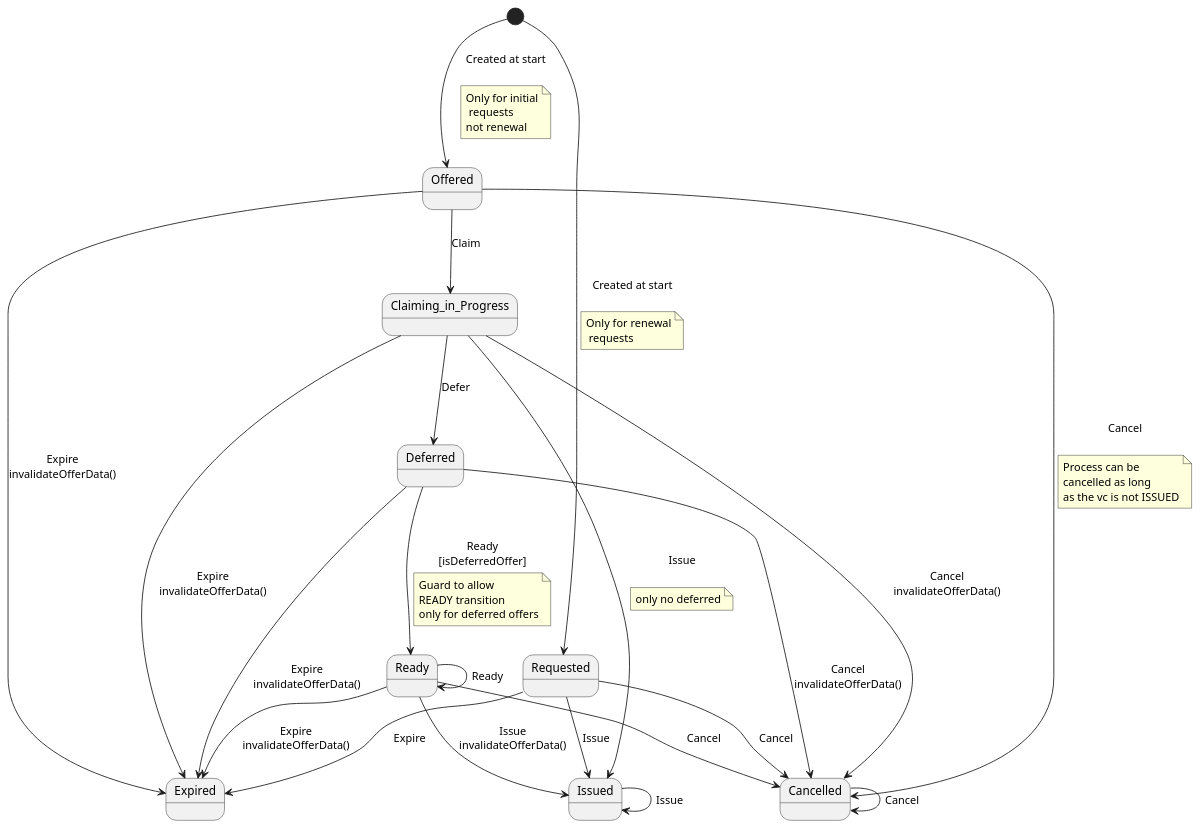
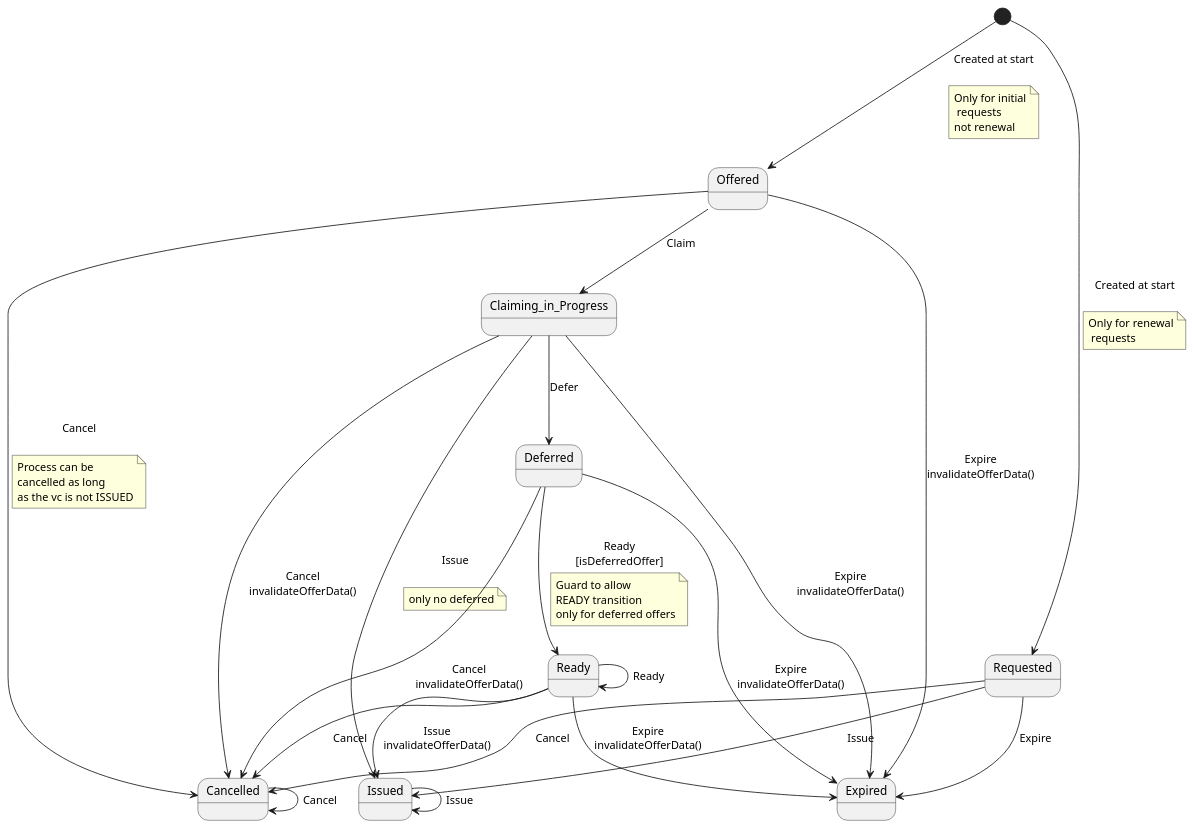
The diagram in issuer-service/src/main/resources/plantuml/credentialOfferStateMachine.puml (swiyu-admin-ch/swiyu-issuer), drawn with PlantUML before and after one commit. The commit also changed other lines of this file and 18 other files, not shown here.

```diff
--- a/issuer-service/src/main/resources/plantuml/credentialOfferStateMachine.puml
+++ b/issuer-service/src/main/resources/plantuml/credentialOfferStateMachine.puml
@@ -1,58 +1,58 @@
 @startuml
+state Offered
+state Expired
+state Claiming_in_Progress
+state Cancelled
 state Issued
 state Ready
-state Cancelled
 state Deferred
-state Offered
 state Requested
-state Claiming_in_Progress
-state Expired
 [*] --> Offered : Created at start\n
 note on link
 Only for initial
  requests
 not renewal
 end note
 
 [*] --> Requested : Created at start\n
 note on link
 Only for renewal
  requests
 end note
 
 Requested --> Issued : Issue
 Requested --> Cancelled : Cancel
 Requested --> Expired : Expire
 Offered --> Cancelled : Cancel\n
 note on link
 Process can be
 cancelled as long
 as the vc is not ISSUED
 end note
 
 Offered --> Expired : Expire\ninvalidateOfferData()
 Offered --> Claiming_in_Progress : Claim
 Claiming_in_Progress --> Expired : Expire\ninvalidateOfferData()
 Claiming_in_Progress --> Deferred : Defer
 Claiming_in_Progress --> Issued : Issue\n
 note on link
 only no deferred
 end note
 
 Claiming_in_Progress --> Cancelled : Cancel\ninvalidateOfferData()
 Deferred --> Ready : Ready\n[isDeferredOffer]
 note on link
 Guard to allow
 READY transition
 only for deferred offers
 end note
 
 Deferred --> Expired : Expire\ninvalidateOfferData()
 Deferred --> Cancelled : Cancel\ninvalidateOfferData()
 Ready --> Issued : Issue\ninvalidateOfferData()
 Ready --> Expired : Expire\ninvalidateOfferData()
 Ready --> Cancelled : Cancel
 Ready --> Ready : Ready
 Issued --> Issued : Issue
 Cancelled --> Cancelled : Cancel
 @enduml
```
